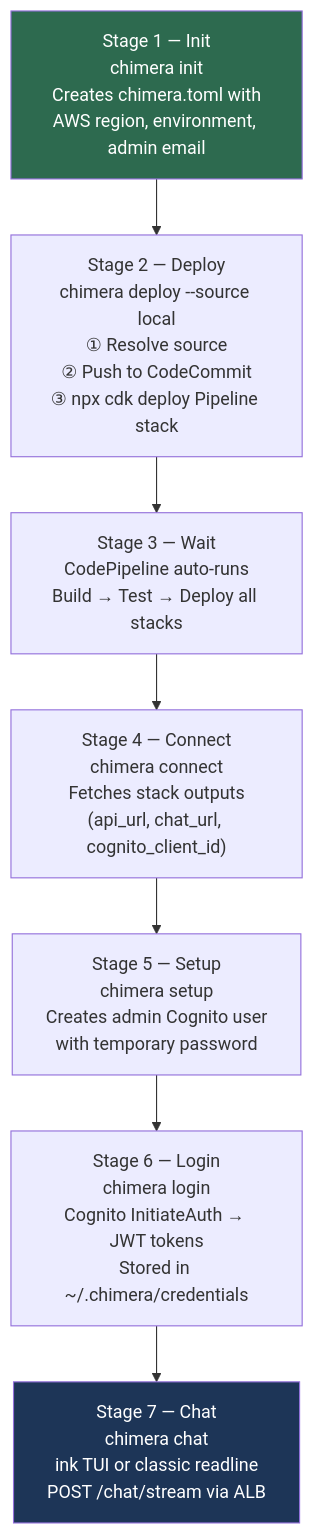
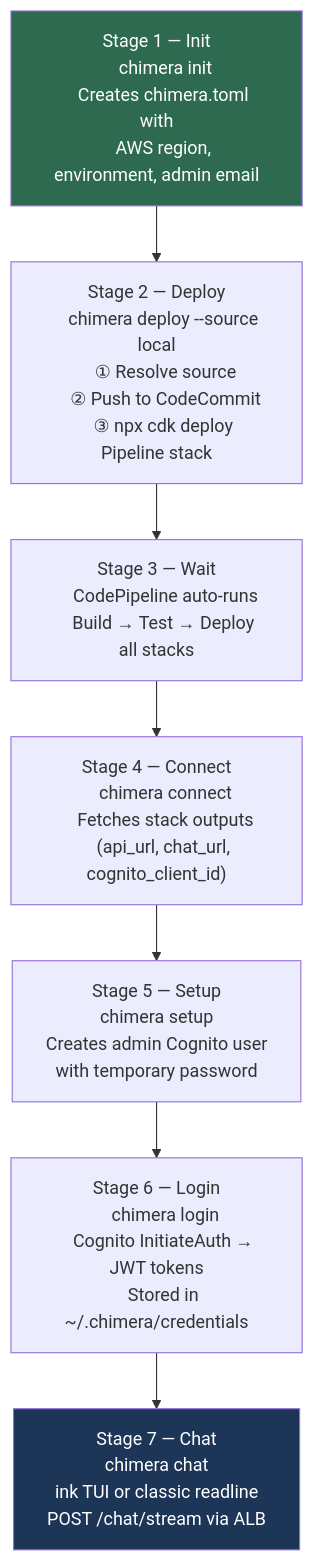
Before and after one commit to Codeseys-Labs/chimera: the second of 6 diagrams in docs/architecture/cli-lifecycle.md, drawn with Mermaid. The commit also changed other lines of this file and 1 other file, not shown here.

````diff
--- a/docs/architecture/cli-lifecycle.md
+++ b/docs/architecture/cli-lifecycle.md
@@ -69,15 +75,36 @@
 ```mermaid
 flowchart TD
-    S1["Stage 1 — Init\nchimera init\nCreates chimera.toml with\nAWS region, environment, admin email"]
-    S2["Stage 2 — Deploy\nchimera deploy --source local\n① Resolve source\n② Push to CodeCommit\n③ npx cdk deploy Pipeline stack"]
-    S3["Stage 3 — Wait\nCodePipeline auto-runs\nBuild → Test → Deploy all stacks"]
-    S4["Stage 4 — Connect\nchimera connect\nFetches stack outputs\n(api_url, chat_url, cognito_client_id)"]
-    S5["Stage 5 — Setup\nchimera setup\nCreates admin Cognito user\nwith temporary password"]
-    S6["Stage 6 — Login\nchimera login\nCognito InitiateAuth → JWT tokens\nStored in ~/.chimera/credentials"]
-    S7["Stage 7 — Chat\nchimera chat\nink TUI or classic readline\nPOST /chat/stream via ALB"]
+    S1["Stage 1 — Init
+    chimera init
+    Creates chimera.toml with
+    AWS region, environment, admin email"]
+    S2["Stage 2 — Deploy
+    chimera deploy --source local
+    ① Resolve source
+    ② Push to CodeCommit
+    ③ npx cdk deploy Pipeline stack"]
+    S3["Stage 3 — Wait
+    CodePipeline auto-runs
+    Build → Test → Deploy all stacks"]
+    S4["Stage 4 — Connect
+    chimera connect
+    Fetches stack outputs
+    (api_url, chat_url, cognito_client_id)"]
+    S5["Stage 5 — Setup
+    chimera setup
+    Creates admin Cognito user
+    with temporary password"]
+    S6["Stage 6 — Login
+    chimera login
+    Cognito InitiateAuth → JWT tokens
+    Stored in ~/.chimera/credentials"]
+    S7["Stage 7 — Chat
+    chimera chat
+    ink TUI or classic readline
+    POST /chat/stream via ALB"]
 
     S1 --> S2 --> S3 --> S4 --> S5 --> S6 --> S7
 
     style S1 fill:#2d6a4f,color:#fff
     style S7 fill:#1d3557,color:#fff
 ```
````
